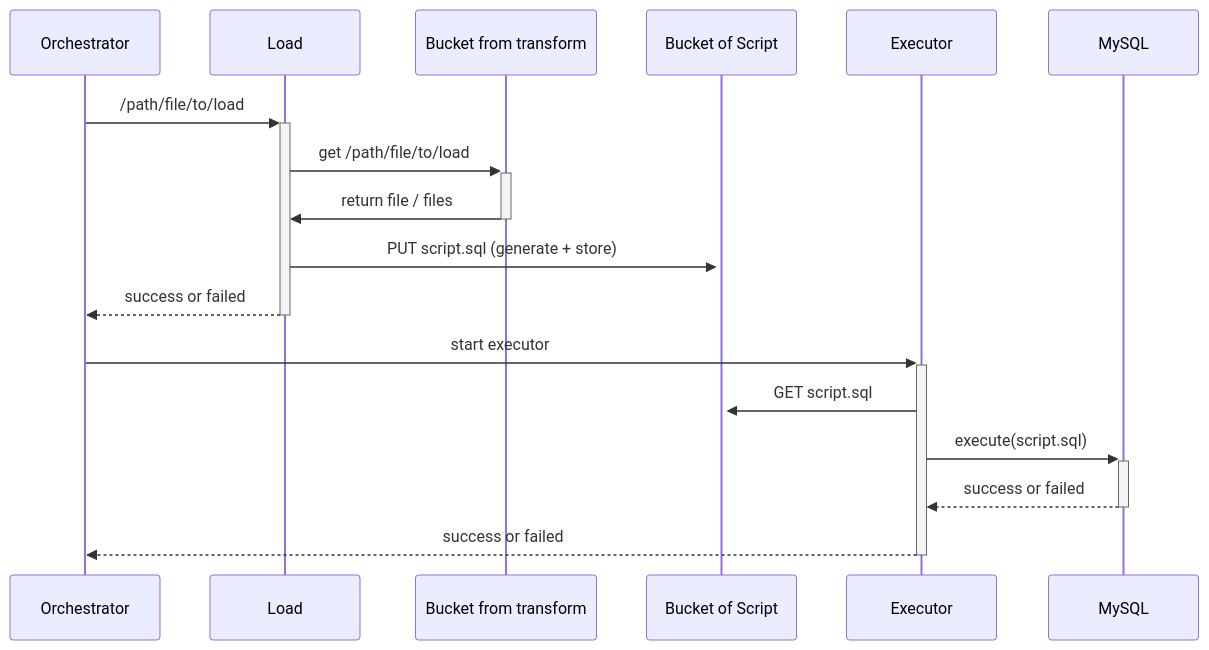
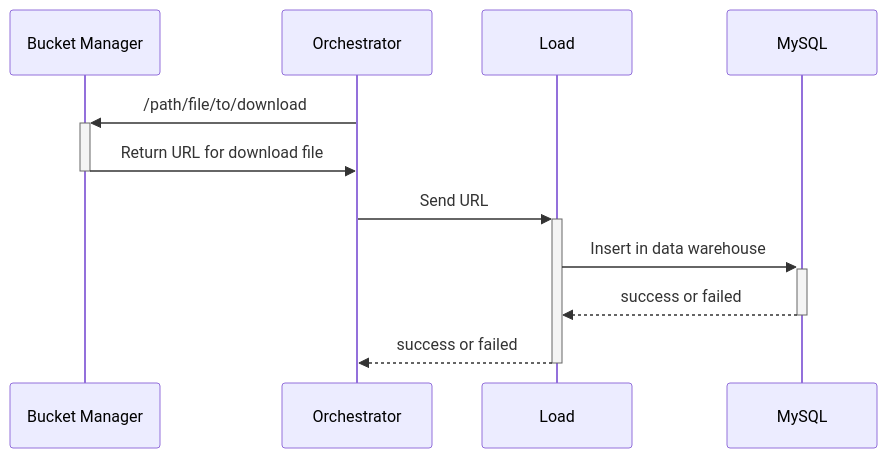
One commit to CPNV-ES-BI-RIA-PROJECT/RIA2-Load changed the diagram in README.md. Above: the diagram before and after it, drawn with Mermaid. The commit also changed other lines of this file, not shown here.

Commit message:
docs: add new structure and sequence diagram

````diff
--- a/README.md
+++ b/README.md
@@ -53,21 +20,18 @@
 ```mermaid
 sequenceDiagram
+    participant BM as Bucket Manager
     participant O as Orchestrator
     participant L as Load
-    participant B as Bucket from transform
-    participant BS as Bucket of Script
-    participant E as Executor
+
     participant M as MySQL
 
-    O->>+L: /path/file/to/load
-    L->>+B: get /path/file/to/load
-    B->>-L: return file / files
-    L->>+BS: PUT script.sql (generate + store)
+    O->>+BM: /path/file/to/download
+    BM->>-O: Return URL for download file
+
+    O->>+L: Send URL
+
+    L->>+M: Insert in data warehouse
+    M-->>-L: success or failed
+
     L-->>-O: success or failed
-
-    O->>+E: start executor
-    E->>+BS: GET script.sql
-    E->>+M: execute(script.sql)
-    M-->>-E: success or failed
-    E-->>-O: success or failed
 ```
````
